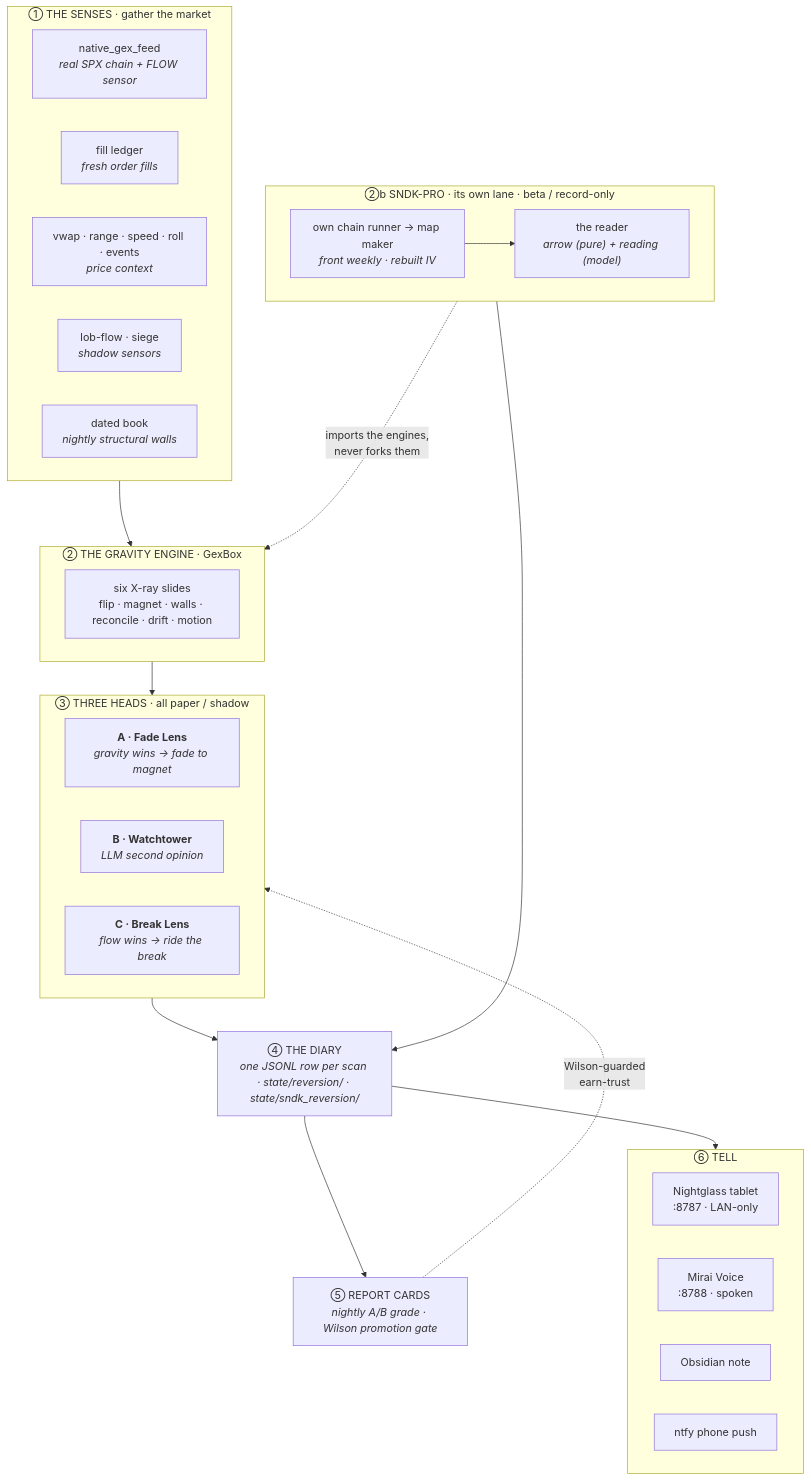
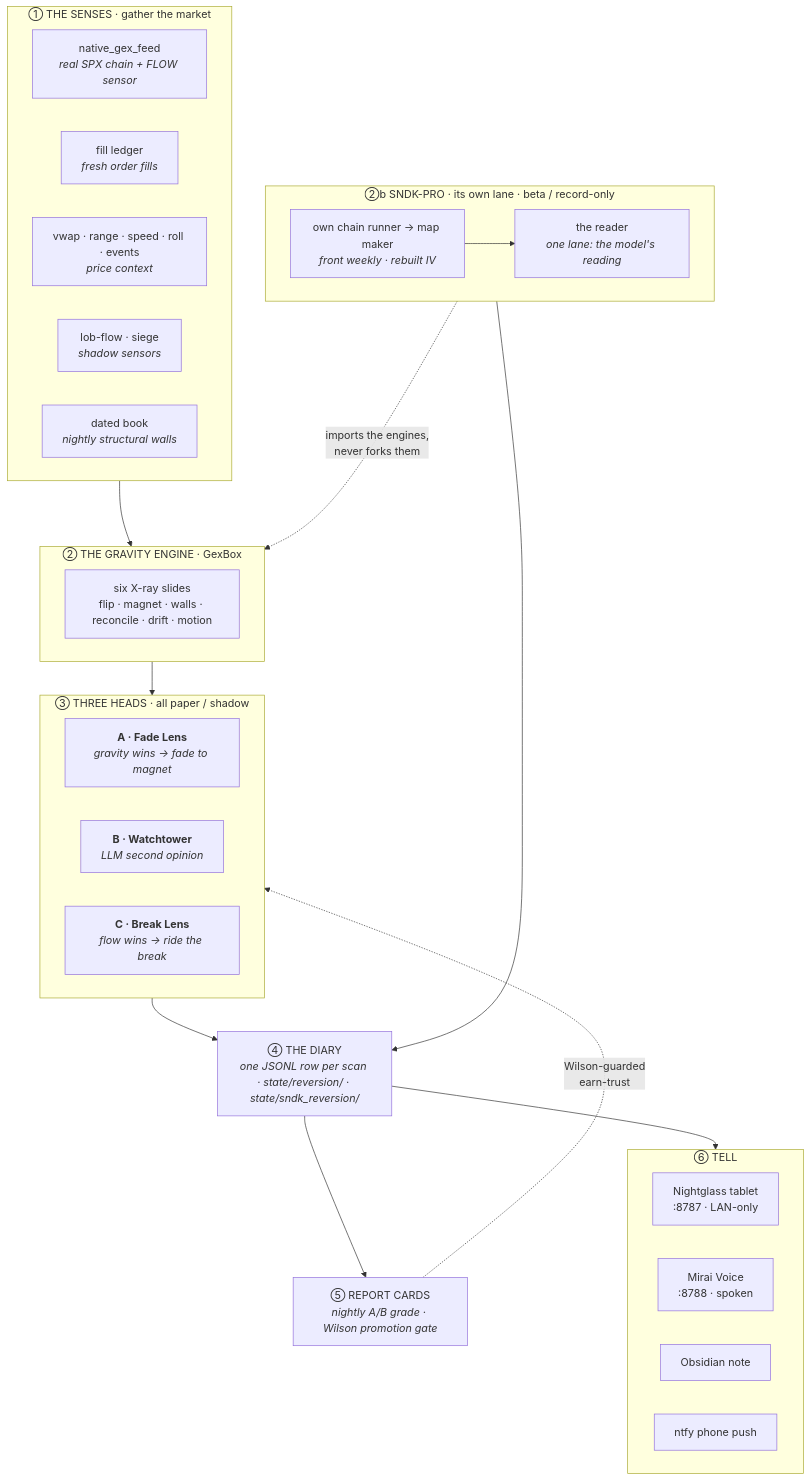
The diagram in README.md (fivestone14/mirai-station), drawn with Mermaid before and after one commit. The commit also changed other lines of this file and 9 other files, not shown here.

````diff
--- a/README.md
+++ b/README.md
@@ -55,47 +55,47 @@
 ```mermaid
 flowchart TB
   subgraph SENSES["① THE SENSES · gather the market"]
     direction LR
     THETA["native_gex_feed<br/><i>real SPX chain + FLOW sensor</i>"]
     FILL["fill ledger<br/><i>fresh order fills</i>"]
     CTX["vwap · range · speed · roll · events<br/><i>price context</i>"]
     LOB["lob-flow · siege<br/><i>shadow sensors</i>"]
     DATED["dated book<br/><i>nightly structural walls</i>"]
   end
 
   subgraph ENGINE["② THE GRAVITY ENGINE · GexBox"]
     GEX["six X-ray slides<br/>flip · magnet · walls · reconcile · drift · motion"]
   end
 
   subgraph HEADS["③ THREE HEADS · all paper / shadow"]
     direction LR
     FADE["<b>A · Fade Lens</b><br/><i>gravity wins → fade to magnet</i>"]
     WT["<b>B · Watchtower</b><br/><i>LLM second opinion</i>"]
     BREAK["<b>C · Break Lens</b><br/><i>flow wins → ride the break</i>"]
   end
 
   subgraph SNDKPRO["②b SNDK-PRO · its own lane · beta / record-only"]
     direction LR
     SFEED["own chain runner → map maker<br/><i>front weekly · rebuilt IV</i>"]
-    SREAD["the reader<br/><i>arrow (pure) + reading (model)</i>"]
+    SREAD["the reader<br/><i>one lane: the model's reading</i>"]
     SFEED --> SREAD
   end
 
   DIARY["④ THE DIARY<br/><i>one JSONL row per scan · state/reversion/ · state/sndk_reversion/</i>"]
   CARD["⑤ REPORT CARDS<br/><i>nightly A/B grade · Wilson promotion gate</i>"]
 
   subgraph TELL["⑥ TELL"]
     direction LR
     TABLET["Nightglass tablet<br/>:8787 · LAN-only"]
     VOICE["Mirai Voice<br/>:8788 · spoken"]
     NOTE["Obsidian note"]
     BELL["ntfy phone push"]
   end
 
   SENSES --> ENGINE --> HEADS --> DIARY
   SNDKPRO -. "imports the engines,<br/>never forks them" .-> ENGINE
   SNDKPRO --> DIARY
   DIARY --> CARD
   CARD -. "Wilson-guarded<br/>earn-trust" .-> HEADS
   DIARY --> TELL
 ```
````
